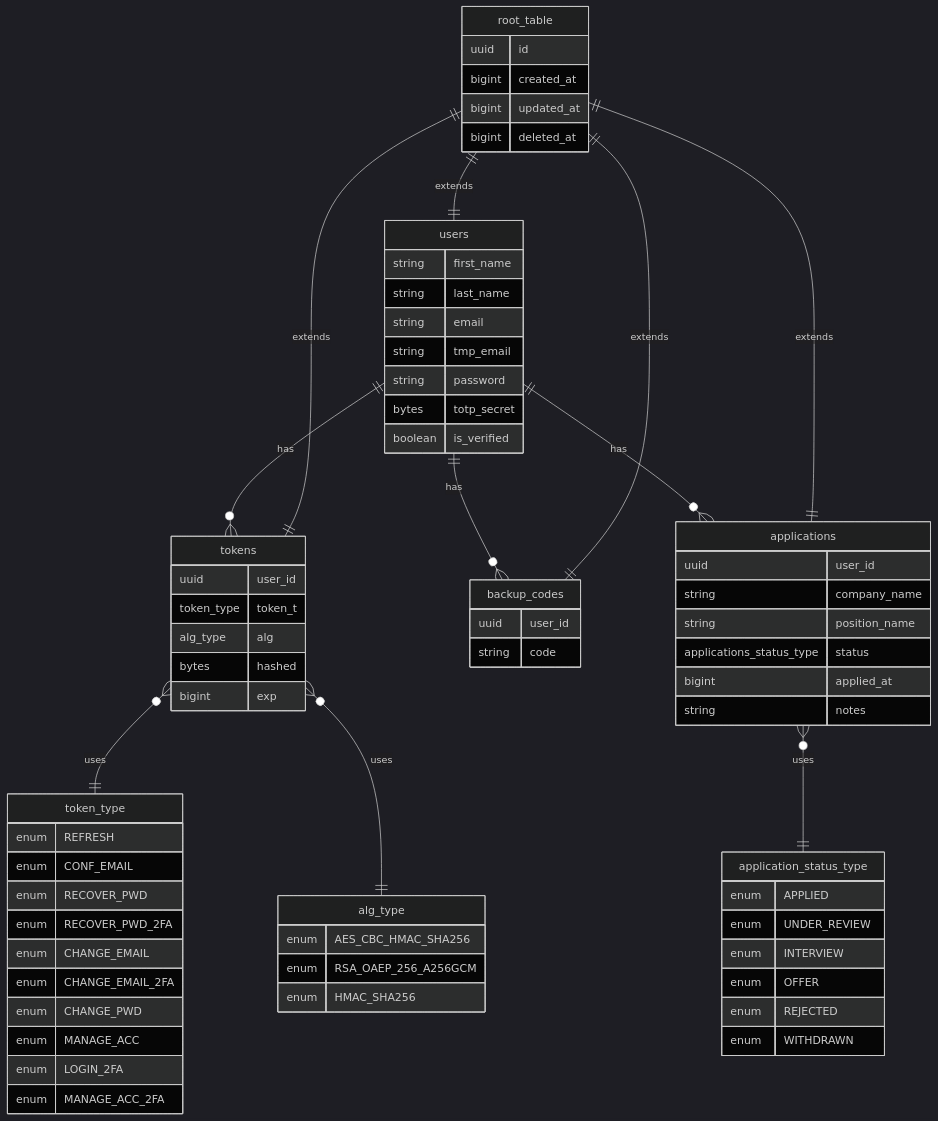
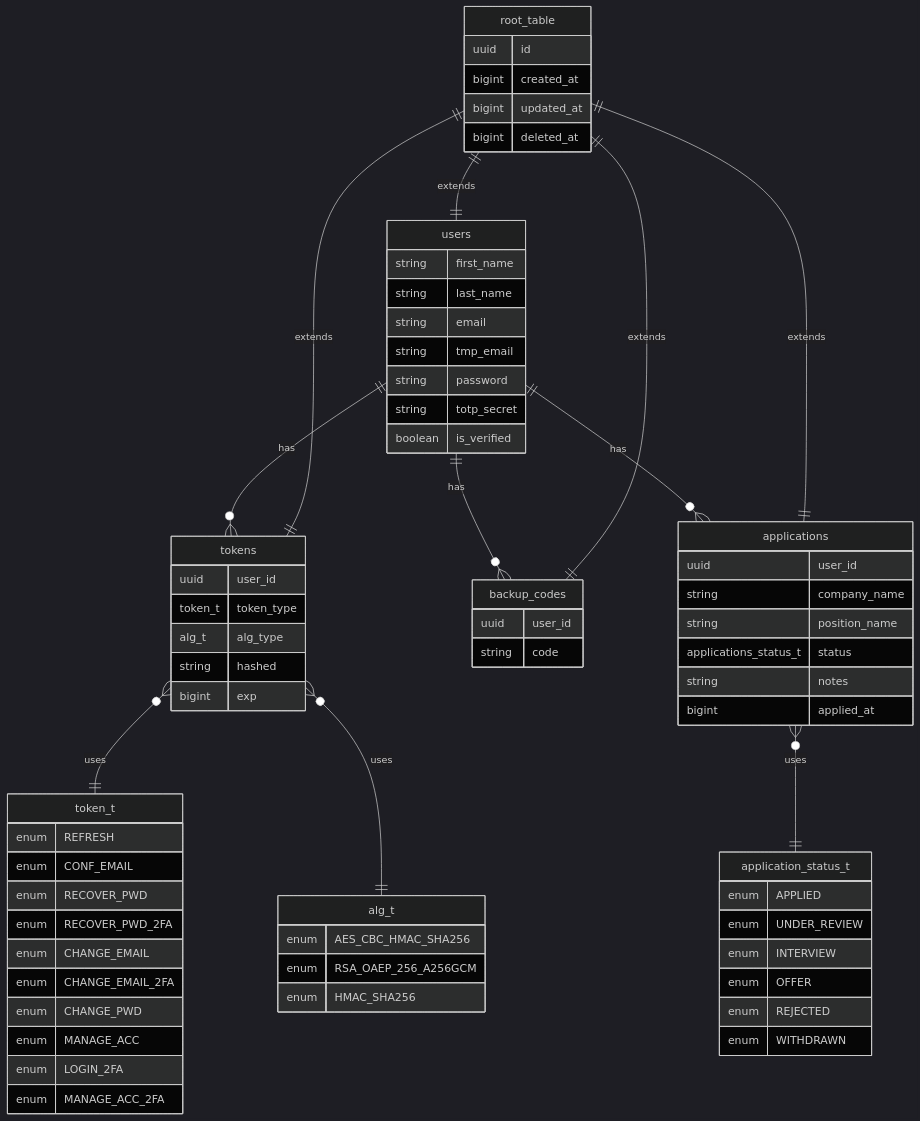
The diagram in README.md (AlexanderMatveev2908/asp-job-application-tracker), drawn with Mermaid (dark theme) before and after one commit. The commit also changed other lines of this file and 2 other files, not shown here.

````diff
--- a/README.md
+++ b/README.md
@@ -389,80 +380,80 @@
 ```mermaid
 erDiagram
   users ||--o{ tokens : has
   users ||--o{ backup_codes : has
   users ||--o{ applications : has
-  tokens }o--|| token_type : uses
-  tokens }o--|| alg_type : uses
-  applications }o--||application_status_type : uses
+  tokens }o--|| token_t : uses
+  tokens }o--|| alg_t : uses
+  applications }o--||application_status_t : uses
   root_table ||--|| users : extends
   root_table ||--|| tokens : extends
   root_table ||--|| backup_codes : extends
   root_table ||--|| applications : extends
 
   root_table {
     uuid id
     bigint created_at
     bigint updated_at
     bigint deleted_at
   }
 
   users {
     string first_name
     string last_name
     string email
     string tmp_email
     string password
-    bytes totp_secret
+    string totp_secret
     boolean is_verified
   }
 
   backup_codes {
     uuid user_id
     string code
   }
 
   tokens {
     uuid user_id
-    token_type token_t
-    alg_type alg
-    bytes hashed
+    token_t token_type
+    alg_t alg_type
+    string hashed
     bigint exp
   }
 
   applications {
     uuid user_id
     string company_name
     string position_name
-    applications_status_type status
+    applications_status_t status
+    string notes
     bigint applied_at
-    string notes
   }
 
-  token_type {
+  token_t {
     enum REFRESH
     enum CONF_EMAIL
     enum RECOVER_PWD
     enum RECOVER_PWD_2FA
     enum CHANGE_EMAIL
     enum CHANGE_EMAIL_2FA
     enum CHANGE_PWD
     enum MANAGE_ACC
     enum LOGIN_2FA
     enum MANAGE_ACC_2FA
   }
 
-  alg_type {
+  alg_t {
     enum AES_CBC_HMAC_SHA256
     enum RSA_OAEP_256_A256GCM
     enum HMAC_SHA256
   }
 
-  application_status_type {
+  application_status_t {
   enum APPLIED
   enum UNDER_REVIEW
   enum INTERVIEW
   enum OFFER
   enum REJECTED
   enum WITHDRAWN
   }
 ```
````
